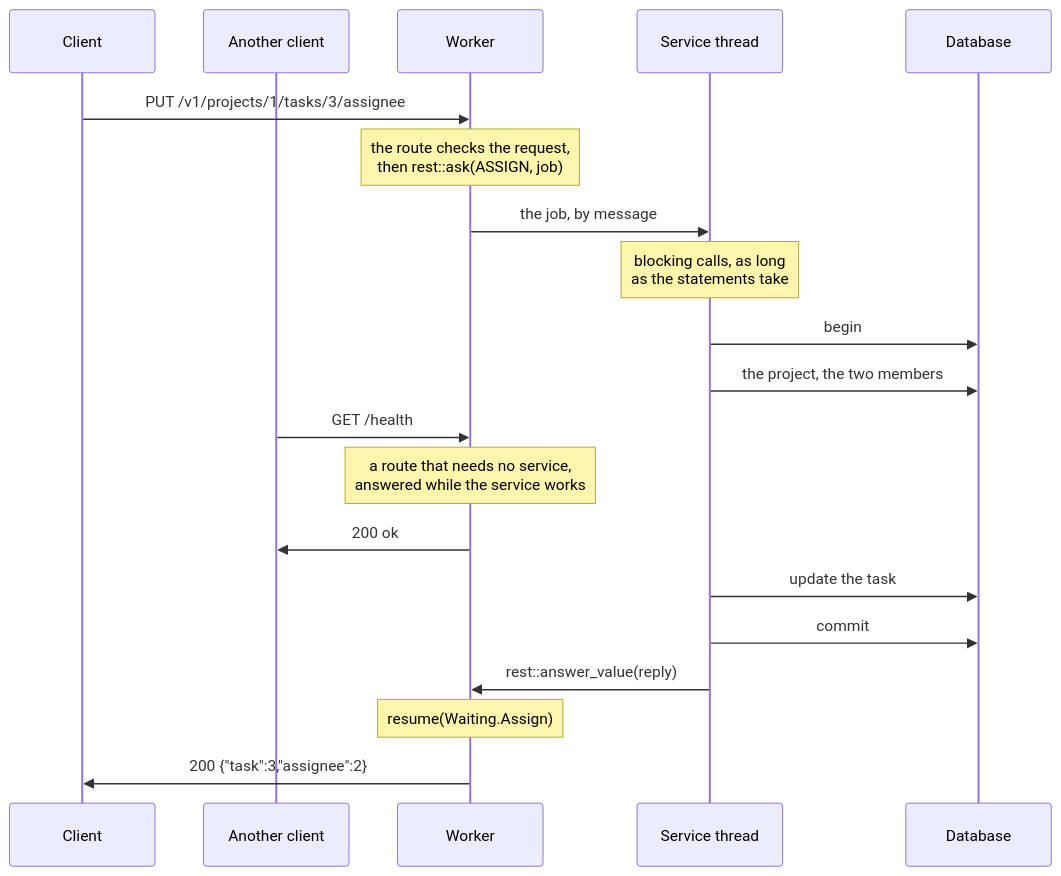
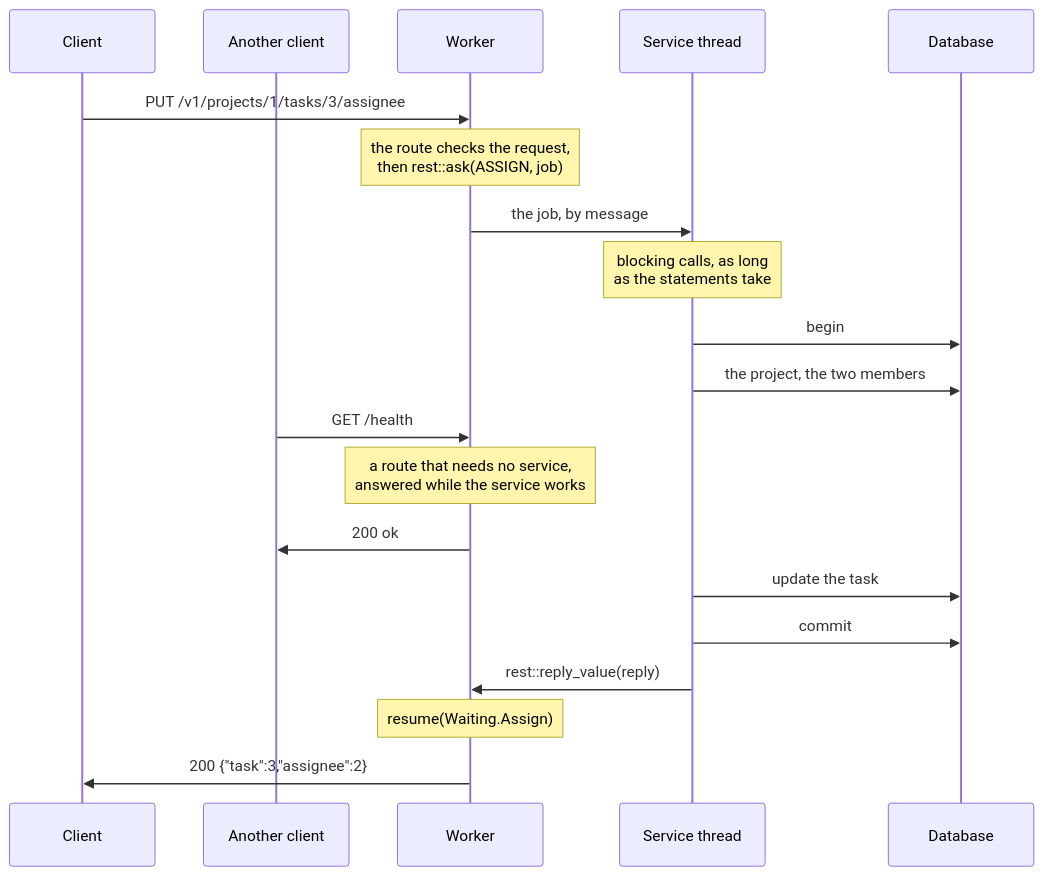
The diagram in docs/tutorial/13-waiting.md (kaitk/goose-rest), drawn with Mermaid before and after one commit. The commit also changed other lines of this file and 21 other files, not shown here.

````diff
--- a/docs/tutorial/13-waiting.md
+++ b/docs/tutorial/13-waiting.md
@@ -39,22 +39,22 @@
 ```mermaid
 sequenceDiagram
     participant C as Client
     participant C2 as Another client
     participant W as Worker
     participant S as Service thread
     participant D as Database
     C->>W: PUT /v1/projects/1/tasks/3/assignee
     Note over W: the route checks the request,<br/>then rest::ask(ASSIGN, job)
     W->>S: the job, by message
     Note over S: blocking calls, as long<br/>as the statements take
     S->>D: begin
     S->>D: the project, the two members
     C2->>W: GET /health
     Note over W: a route that needs no service,<br/>answered while the service works
     W->>C2: 200 ok
     S->>D: update the task
     S->>D: commit
-    S->>W: rest::answer_value(reply)
+    S->>W: rest::reply_value(reply)
     Note over W: resume(Waiting.Assign)
     W->>C: 200 {"task":3,"assignee":2}
 ```
````
